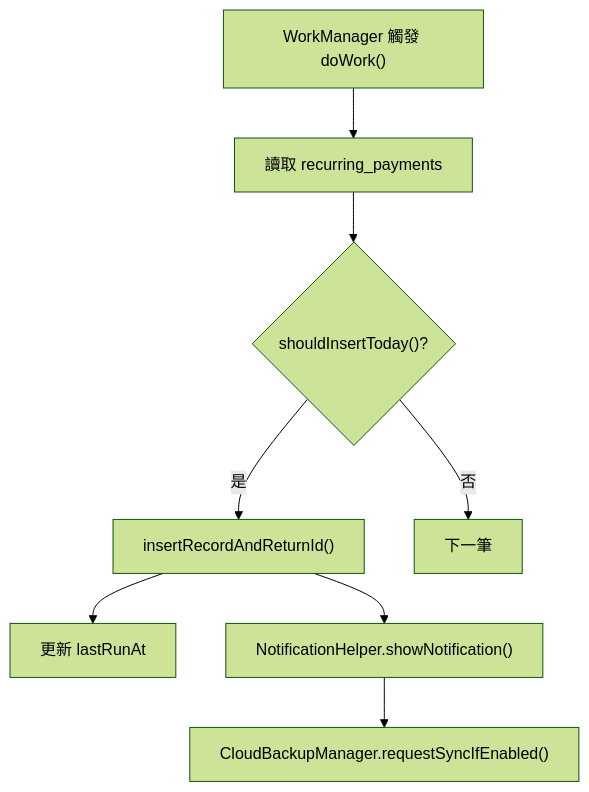
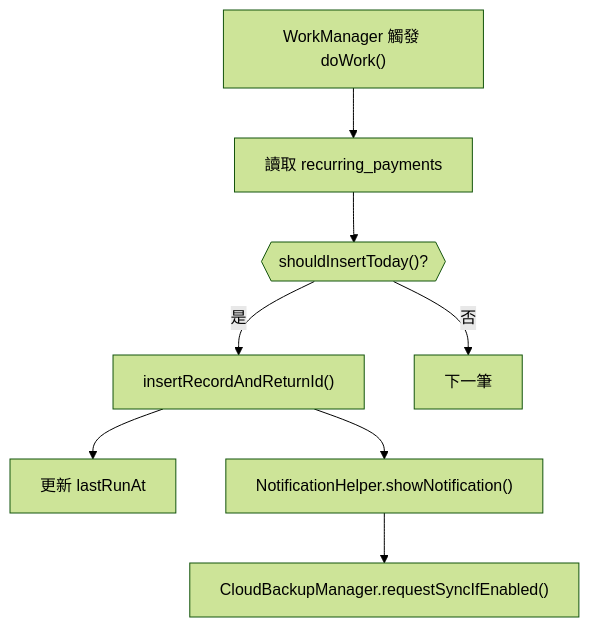
One commit to Dao-you/SimplestBookAndroid changed diagram 25 of 26 in Grading_Criteria.md. Above: the diagram before and after it, drawn with Mermaid (forest theme). The commit also changed other lines of this file, not shown here.

````diff
--- a/Grading_Criteria.md
+++ b/Grading_Criteria.md
@@ -556,10 +556,10 @@
 ```mermaid
 flowchart TD
     A["WorkManager 觸發 doWork()"] --> B["讀取 recurring_payments"]
-    B --> C{"shouldInsertToday()?"}
+    B --> C{{"shouldInsertToday()?"}}
     C -->|"是"| D["insertRecordAndReturnId()"]
     D --> E["更新 lastRunAt"]
     D --> F["NotificationHelper.showNotification()"]
     F --> G["CloudBackupManager.requestSyncIfEnabled()"]; 
     C -->|"否"| H["下一筆"]
 ```
````
